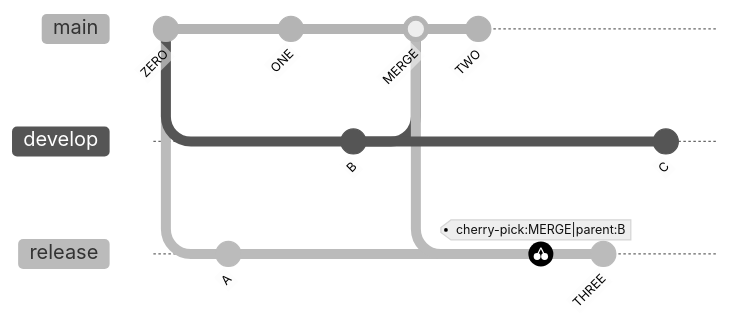
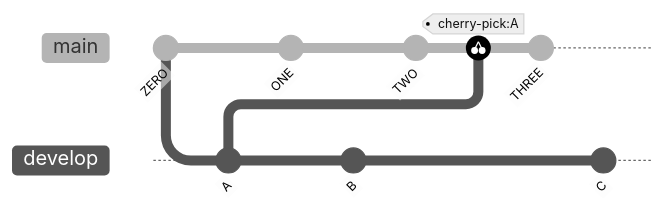
Before and after one commit to data-intuitive/mermaid-demos-in-quarto: the tenth of 30 diagrams in syntax/gitgraph.qmd, drawn with Mermaid (neutral theme). The commit also changed other lines of this file and 13 other files, not shown here.

Commit message:
update for quarto 1.5.54 and mermaid 10.2.4

````diff
--- a/syntax/gitgraph.qmd
+++ b/syntax/gitgraph.qmd
@@ -249,19 +247,16 @@
 ```{mermaid}
     gitGraph
-        commit id: "ZERO"
-        branch develop
-        branch release
-        commit id:"A"
-        checkout main
-        commit id:"ONE"
-        checkout develop
-        commit id:"B"
-        checkout main
-        merge develop id:"MERGE"
-        commit id:"TWO"
-        checkout release
-        cherry-pick id:"MERGE" parent:"B"
-        commit id:"THREE"
-        checkout develop
-        commit id:"C"
+       commit id: "ZERO"
+       branch develop
+       commit id:"A"
+       checkout main
+       commit id:"ONE"
+       checkout develop
+       commit id:"B"
+       checkout main
+       commit id:"TWO"
+       cherry-pick id:"A"
+       commit id:"THREE"
+       checkout develop
+       commit id:"C"
 ```
````
